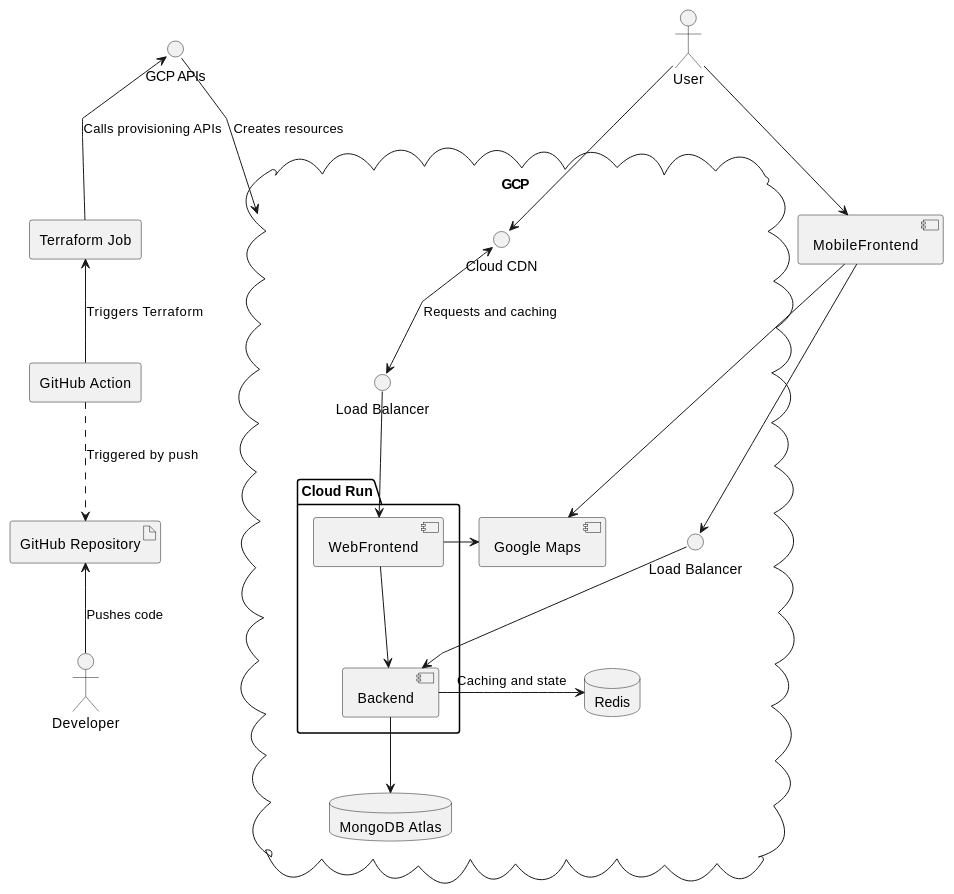
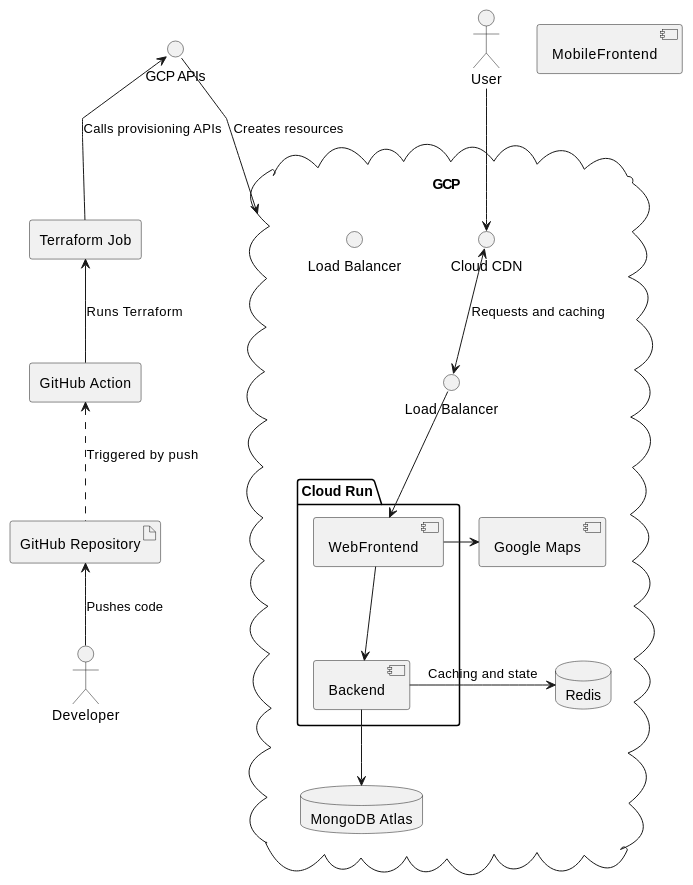
The diagram in docs/architecture.md (devantler/nidam16-gcp-cloud-project), drawn with PlantUML before and after one commit. The commit also changed 6 other files, not shown here.

````diff
--- a/docs/architecture.md
+++ b/docs/architecture.md
@@ -8,49 +8,45 @@
 ```plantuml
 @startuml
 skinparam linetype polyline
 
 ' Entities
 actor User
 actor Developer
 
 artifact "GitHub Repository"
 agent "GitHub Action" as gha
 agent "Terraform Job" as iac
 
 interface "GCP APIs" as gcpapis
 cloud GCP {
     interface "Cloud CDN" as cdn
     interface "Load Balancer" as lb1
     interface "Load Balancer" as lb2
     package "Cloud Run" {
         [WebFrontend]
         [Backend]
     }
     database "MongoDB Atlas" as mongo
     database Redis
     [Google Maps]
 }
 [MobileFrontend]
 
 ' Relations
 Developer -up-> [GitHub Repository]: Pushes code
 User --> cdn
-User --> MobileFrontend
 
-[GitHub Repository] <.up. gha : Triggered by push
-gha -up-> iac : Triggers Terraform
+[GitHub Repository] .up.> gha : Triggered by push
+gha -up-> iac : Runs Terraform
 iac -up-> gcpapis: Calls provisioning APIs
 gcpapis --> GCP: Creates resources
 
 cdn <--> lb1 : Requests and caching
 lb1 --> WebFrontend
-lb2 --> Backend
 WebFrontend --> Backend
-MobileFrontend ---> lb2
 WebFrontend -right-> [Google Maps]
-MobileFrontend ---> [Google Maps]
 
 Backend --> mongo
 Backend -right-> Redis : Caching and state
 @enduml
 ```
````
